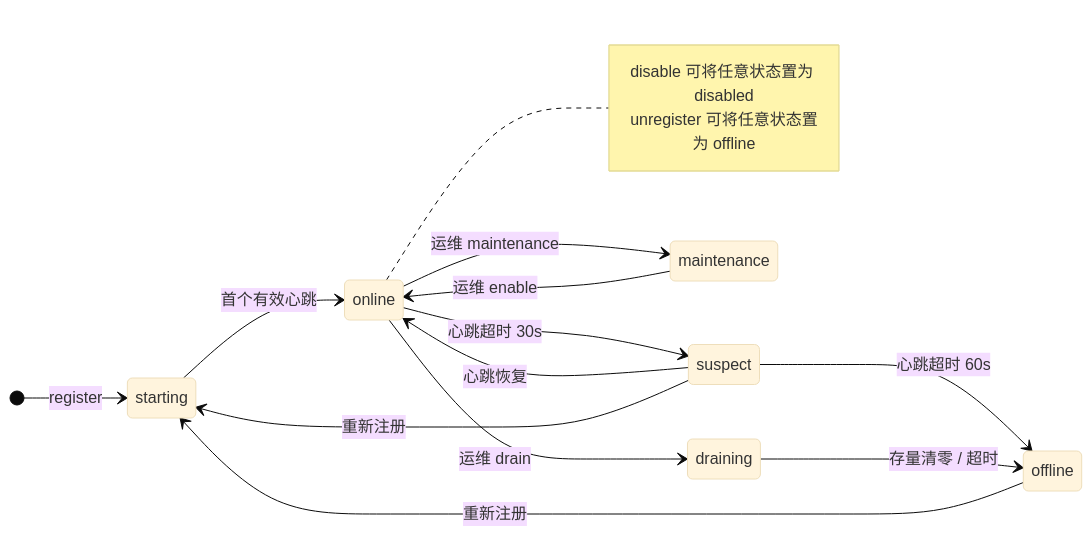
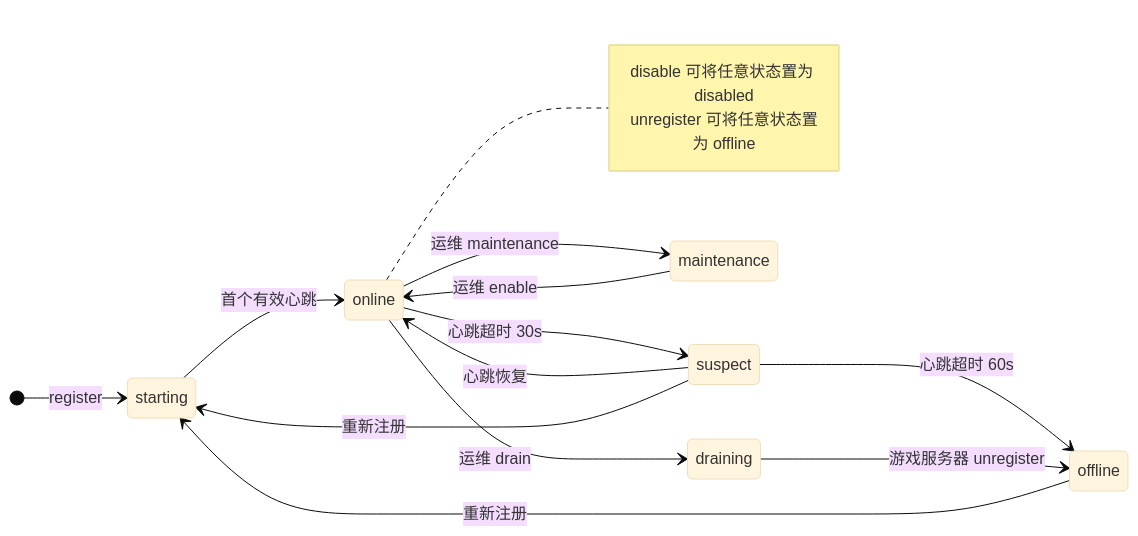
The first of 2 diagrams in docs/lifecycle.md (cuihairu/atlas), drawn with Mermaid (base theme) before and after one commit. The commit also changed other lines of this file and 35 other files, not shown here.

````diff
--- a/docs/lifecycle.md
+++ b/docs/lifecycle.md
@@ -30,20 +30,20 @@
 ```mermaid
 stateDiagram-v2
     direction LR
     [*] --> starting: register
     starting --> online: 首个有效心跳
     online --> draining: 运维 drain
     online --> maintenance: 运维 maintenance
     online --> suspect: 心跳超时 30s
     suspect --> online: 心跳恢复
     suspect --> offline: 心跳超时 60s
     suspect --> starting: 重新注册
     offline --> starting: 重新注册
-    draining --> offline: 存量清零 / 超时
+    draining --> offline: 游戏服务器 unregister
     maintenance --> online: 运维 enable
 
     note right of online
         disable 可将任意状态置为 disabled
         unregister 可将任意状态置为 offline
     end note
 ```
````
